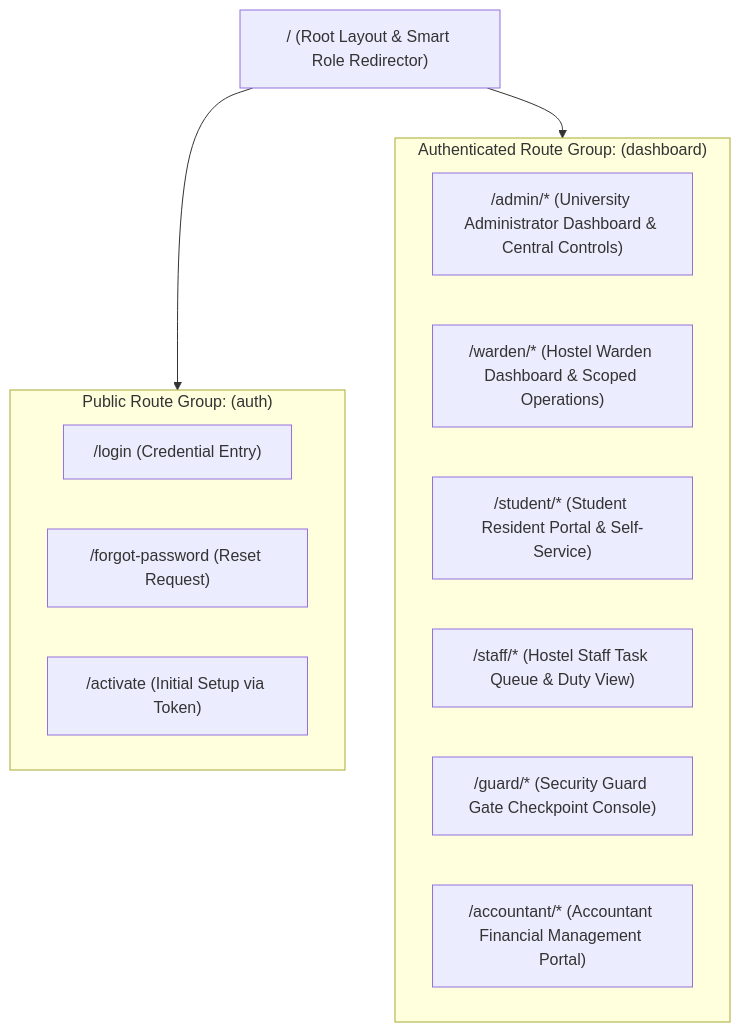
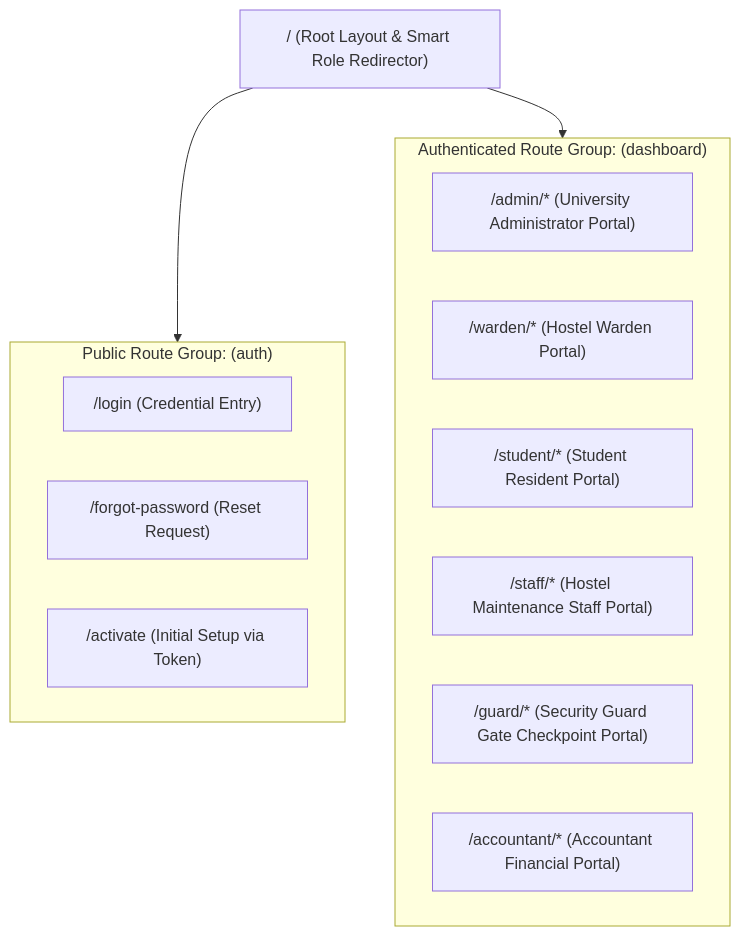
Before and after one commit to Sayam09das/Nestora: the first of 4 diagrams in docs/09-monorepo-architecture.md, drawn with Mermaid. The commit also changed other lines of this file and 6 other files, not shown here.

Commit message:
docs: finalize monorepo architecture and synchronize documentation suite

````diff
--- a/docs/09-monorepo-architecture.md
+++ b/docs/09-monorepo-architecture.md
@@ -194,22 +198,22 @@
 ```mermaid
 flowchart TD
   Root["/ (Root Layout & Smart Role Redirector)"]
   
   subgraph PublicRoutes["Public Route Group: (auth)"]
     Login["/login (Credential Entry)"]
     Forgot["/forgot-password (Reset Request)"]
     Activate["/activate (Initial Setup via Token)"]
   end
 
   subgraph ProtectedRoutes["Authenticated Route Group: (dashboard)"]
-    Admin["/admin/* (University Administrator Dashboard & Central Controls)"]
-    Warden["/warden/* (Hostel Warden Dashboard & Scoped Operations)"]
-    Student["/student/* (Student Resident Portal & Self-Service)"]
-    Staff["/staff/* (Hostel Staff Task Queue & Duty View)"]
-    Guard["/guard/* (Security Guard Gate Checkpoint Console)"]
-    Accountant["/accountant/* (Accountant Financial Management Portal)"]
+    Admin["/admin/* (University Administrator Portal)"]
+    Warden["/warden/* (Hostel Warden Portal)"]
+    Student["/student/* (Student Resident Portal)"]
+    Staff["/staff/* (Hostel Maintenance Staff Portal)"]
+    Guard["/guard/* (Security Guard Gate Checkpoint Portal)"]
+    Accountant["/accountant/* (Accountant Financial Portal)"]
   end
 
   Root --> PublicRoutes
   Root --> ProtectedRoutes
 ```
````
